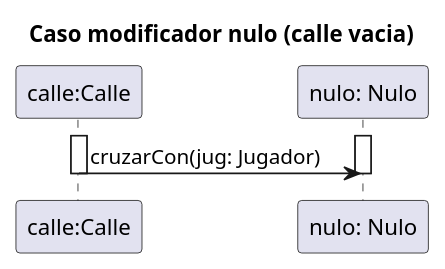
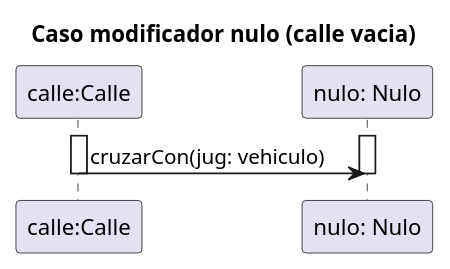
The third of 3 diagrams in diagrams/classes/modelo/secuencia_ejemplo.plantuml (tomasayala/algo3_tp2_1C2022), drawn with PlantUML before and after one commit. The commit also changed other lines of this file and 44 other files, not shown here.

```diff
--- a/diagrams/classes/modelo/secuencia_ejemplo.plantuml
+++ b/diagrams/classes/modelo/secuencia_ejemplo.plantuml
@@ -120,16 +120,16 @@
 @startuml secuencia-modificador-nulo
 
 title Caso modificador nulo (calle vacia)
 
 participant "calle:Calle" as calle
 participant "nulo: Nulo" as nulo
 
 activate calle
 activate nulo
 
-calle -> nulo: cruzarCon(jug: Jugador)
+calle -> nulo: cruzarCon(jug: vehiculo)
 
 deactivate calle
 deactivate nulo
 
 @enduml
```
